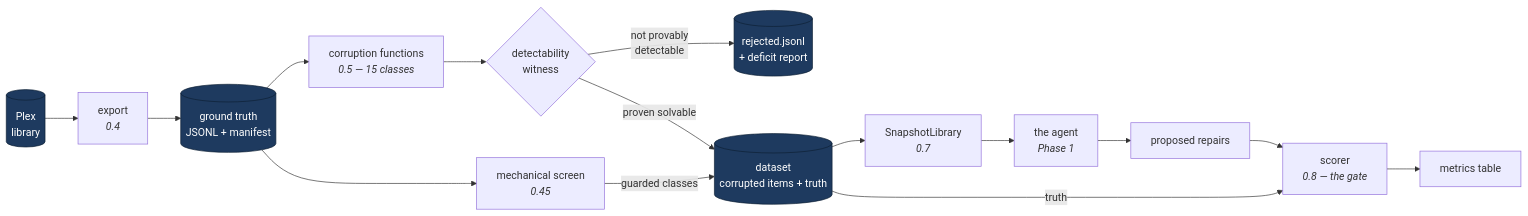
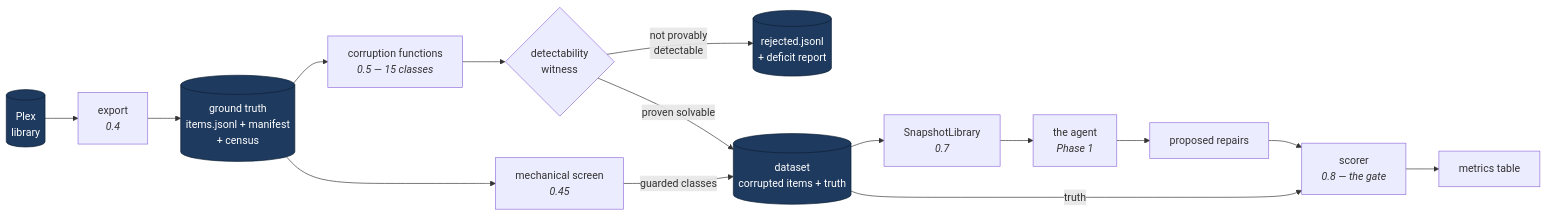
One commit to tritter95/shelfwarden changed the third of 8 diagrams in docs/architecture.md. Above: the diagram before and after it, drawn with Mermaid. The commit also changed other lines of this file and 21 other files, not shown here.

````diff
--- a/docs/architecture.md
+++ b/docs/architecture.md
@@ -178,30 +183,30 @@
 ```mermaid
 flowchart LR
     PLEX[("Plex<br/>library")]
     EXPORT["export<br/><i>0.4</i>"]
-    GROUND[("ground truth<br/>JSONL + manifest")]
+    GROUND[("ground truth<br/>items.jsonl + manifest<br/>+ census")]
     SCREEN["mechanical screen<br/><i>0.45</i>"]
     CORRUPT["corruption functions<br/><i>0.5 — 15 classes</i>"]
     WITNESS{"detectability<br/>witness"}
     REJECT[("rejected.jsonl<br/>+ deficit report")]
     DATASET[("dataset<br/>corrupted items + truth")]
     SNAPSHOT["SnapshotLibrary<br/><i>0.7</i>"]
     AGENT["the agent<br/><i>Phase 1</i>"]
     FINDINGS["proposed repairs"]
     SCORER["scorer<br/><i>0.8 — the gate</i>"]
     REPORT["metrics table"]
 
     PLEX --> EXPORT --> GROUND
     GROUND --> SCREEN
     GROUND --> CORRUPT
     CORRUPT --> WITNESS
     WITNESS -->|"not provably<br/>detectable"| REJECT
     WITNESS -->|"proven solvable"| DATASET
     SCREEN -->|"guarded classes"| DATASET
     DATASET --> SNAPSHOT --> AGENT --> FINDINGS --> SCORER
     DATASET -->|"truth"| SCORER
     SCORER --> REPORT
 
     classDef store fill:#1e3a5f,stroke:#0d1f33,color:#fff
     class PLEX,GROUND,REJECT,DATASET store
 ```
````
